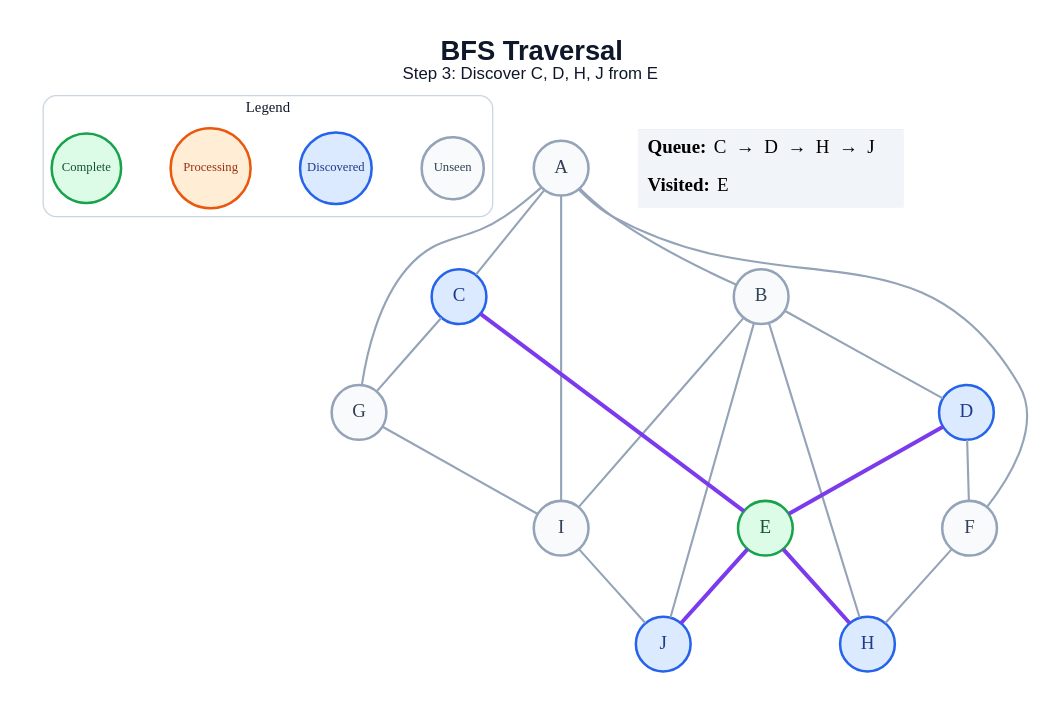
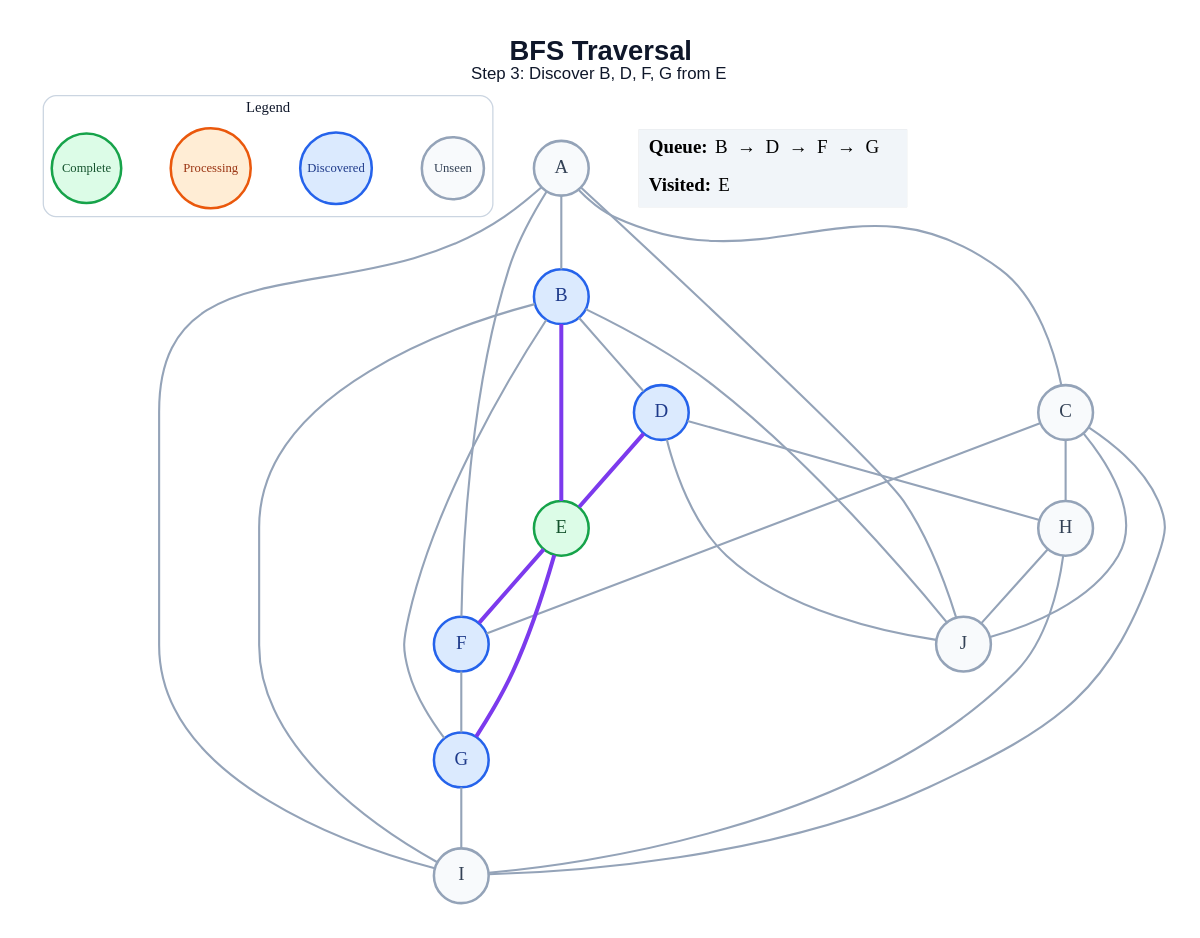
Before and after one commit to amanghodawala9/ai-slop: the diagram in generated/specific-node/bfs/step_03.dot, drawn with Graphviz. The commit also changed 178 other files, not shown here.

```diff
--- a/generated/specific-node/bfs/step_03.dot
+++ b/generated/specific-node/bfs/step_03.dot
@@ -1,47 +1,52 @@
 graph traversal {
   graph [layout=dot, rankdir=TB, bgcolor="#FFFFFF", pad="0.35", nodesep="0.65", ranksep="0.8", fontname="Arial"];
   node [shape=circle, style="filled", fontname="Arial Bold", fontsize=18, width=0.72, fixedsize=true, penwidth=2.4];
   edge [color="#94A3B8", penwidth=2.0];
-  label=<<B>BFS Traversal</B><BR/><FONT POINT-SIZE="16">Step 3: Discover C, D, H, J from E</FONT>>; labelloc="t"; fontsize=26; fontname="Arial"; fontcolor="#0F172A";
+  label=<<B>BFS Traversal</B><BR/><FONT POINT-SIZE="16">Step 3: Discover B, D, F, G from E</FONT>>; labelloc="t"; fontsize=26; fontname="Arial"; fontcolor="#0F172A";
   subgraph cluster_legend { label="Legend"; color="#CBD5E1"; penwidth=1.2; style="rounded"; fontsize=14; fontname="Arial Bold";
     key_unseen [label="Unseen", fillcolor="#F8FAFC", color="#94A3B8", fontcolor="#334155", fontsize=12, width=0.82];
     key_frontier [label="Discovered", fillcolor="#DBEAFE", color="#2563EB", fontcolor="#1E3A8A", fontsize=12, width=0.95];
     key_current [label="Processing", fillcolor="#FFEDD5", color="#EA580C", fontcolor="#9A3412", fontsize=12, width=1.05];
     key_done [label="Complete", fillcolor="#DCFCE7", color="#16A34A", fontcolor="#14532D", fontsize=12, width=0.92];
     { rank=same; key_unseen; key_frontier; key_current; key_done; }
   }
   A [fillcolor="#F8FAFC", color="#94A3B8", fontcolor="#334155"];
-  B [fillcolor="#F8FAFC", color="#94A3B8", fontcolor="#334155"];
-  C [fillcolor="#DBEAFE", color="#2563EB", fontcolor="#1E3A8A"];
+  B [fillcolor="#DBEAFE", color="#2563EB", fontcolor="#1E3A8A"];
+  C [fillcolor="#F8FAFC", color="#94A3B8", fontcolor="#334155"];
   D [fillcolor="#DBEAFE", color="#2563EB", fontcolor="#1E3A8A"];
   E [fillcolor="#DCFCE7", color="#16A34A", fontcolor="#14532D"];
-  F [fillcolor="#F8FAFC", color="#94A3B8", fontcolor="#334155"];
-  G [fillcolor="#F8FAFC", color="#94A3B8", fontcolor="#334155"];
-  H [fillcolor="#DBEAFE", color="#2563EB", fontcolor="#1E3A8A"];
+  F [fillcolor="#DBEAFE", color="#2563EB", fontcolor="#1E3A8A"];
+  G [fillcolor="#DBEAFE", color="#2563EB", fontcolor="#1E3A8A"];
+  H [fillcolor="#F8FAFC", color="#94A3B8", fontcolor="#334155"];
   I [fillcolor="#F8FAFC", color="#94A3B8", fontcolor="#334155"];
-  J [fillcolor="#DBEAFE", color="#2563EB", fontcolor="#1E3A8A"];
+  J [fillcolor="#F8FAFC", color="#94A3B8", fontcolor="#334155"];
   A -- B;
   A -- C;
   A -- F;
-  A -- G;
   A -- I;
+  A -- J;
   B -- D;
-  B -- H;
+  B -- E [color="#7C3AED", penwidth=3.8];
+  B -- G;
   B -- I;
   B -- J;
-  C -- E [color="#7C3AED", penwidth=3.8];
-  C -- G;
+  C -- F;
+  C -- H;
+  C -- I;
+  C -- J;
   D -- E [color="#7C3AED", penwidth=3.8];
-  D -- F;
-  E -- H [color="#7C3AED", penwidth=3.8];
-  E -- J [color="#7C3AED", penwidth=3.8];
-  F -- H;
+  D -- H;
+  D -- J;
+  E -- F [color="#7C3AED", penwidth=3.8];
+  E -- G [color="#7C3AED", penwidth=3.8];
+  F -- G;
   G -- I;
-  I -- J;
+  H -- I;
+  H -- J;
   status [shape=plain, fixedsize=false, width=0, height=0, margin=0, label=<
     <TABLE BORDER="0" CELLBORDER="0" CELLPADDING="7" BGCOLOR="#F1F5F9">
-      <TR><TD ALIGN="LEFT"><B>Queue:</B> C  →  D  →  H  →  J</TD></TR>
+      <TR><TD ALIGN="LEFT"><B>Queue:</B> B  →  D  →  F  →  G</TD></TR>
       <TR><TD ALIGN="LEFT"><B>Visited:</B> E</TD></TR>
     </TABLE>
   >];
 }
```
